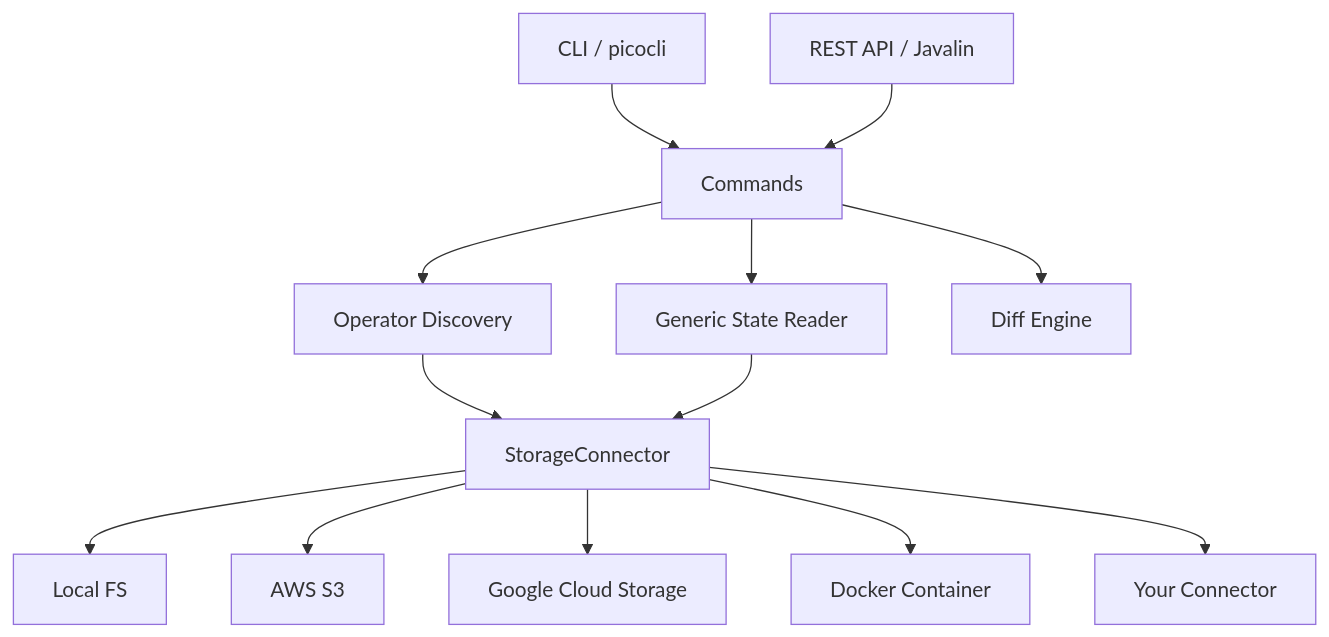
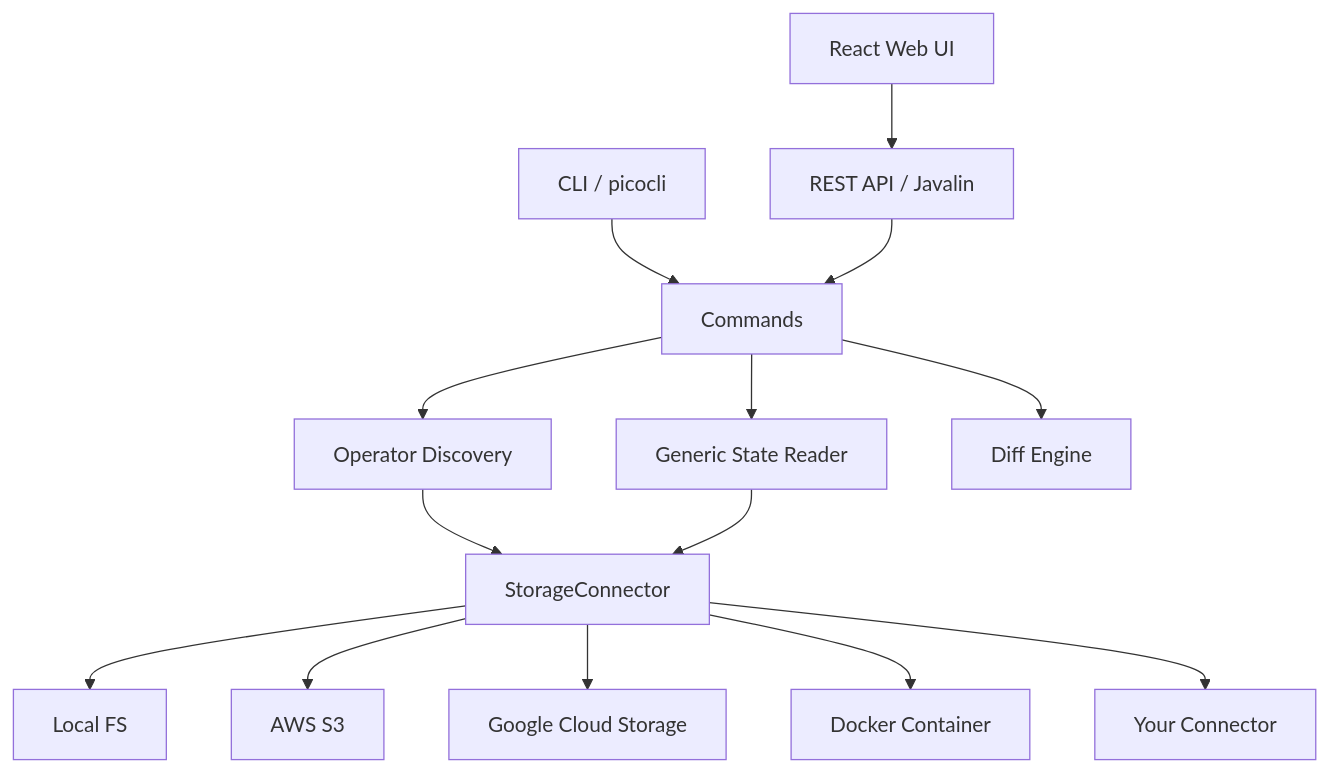
Before and after one commit to atomicdragonranch/flink-state-inspection-tool: the diagram in README.md, drawn with Mermaid. The commit also changed other lines of this file, not shown here.

Commit message:
docs: rewrite README to lead with web UI and guided workflow

````diff
--- a/README.md
+++ b/README.md
@@ -87,18 +122,19 @@
 ```mermaid
 graph TD
+    WebUI[React Web UI] --> API[REST API / Javalin]
     CLI[CLI / picocli] --> Commands
-    REST[REST API / Javalin] --> Commands
+    API --> Commands
 
     Commands --> Discovery[Operator Discovery]
     Commands --> Reader[Generic State Reader]
     Commands --> Diff[Diff Engine]
 
     Discovery --> Storage[StorageConnector]
     Reader --> Storage
 
     Storage --> Local[Local FS]
     Storage --> S3[AWS S3]
     Storage --> GCS[Google Cloud Storage]
     Storage --> Docker[Docker Container]
     Storage --> Custom[Your Connector]
 ```
````
